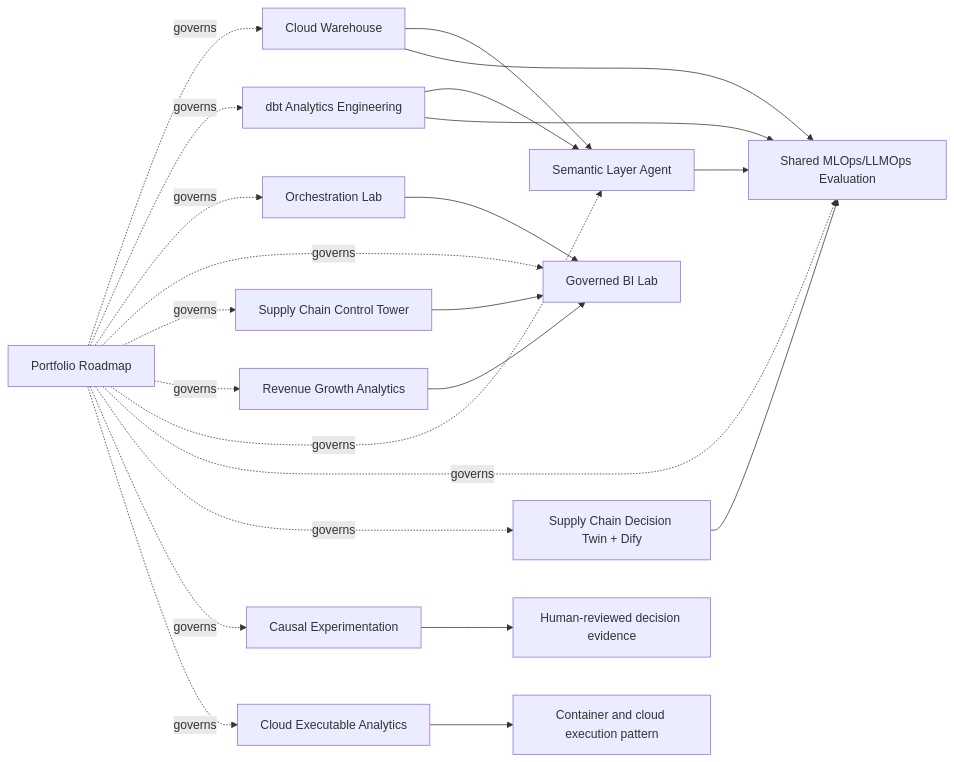
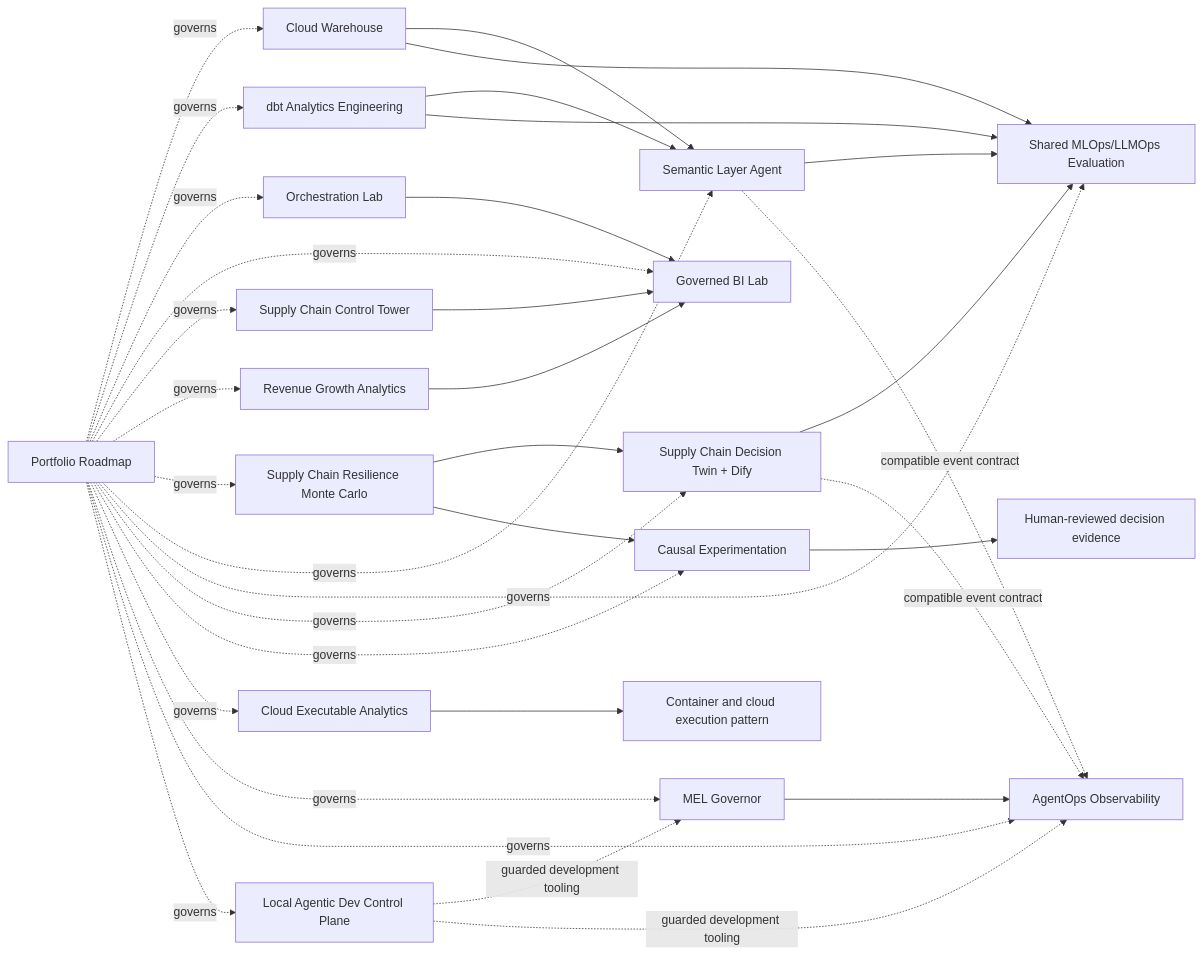
One commit to net421/AI-Native-Analytics-Portfolio-Roadmap changed the diagram in README.md. Above: the diagram before and after it, drawn with Mermaid. The commit also changed other lines of this file and 3 other files, not shown here.

First line of the commit message:
Expand portfolio control plane to 16 active repositories

````diff
--- a/README.md
+++ b/README.md
@@ -18,28 +18,41 @@
 ```mermaid
 flowchart LR
     CW[Cloud Warehouse] --> SA[Semantic Layer Agent]
     DBT[dbt Analytics Engineering] --> SA
     SA --> EV[Shared MLOps/LLMOps Evaluation]
     DT[Supply Chain Decision Twin + Dify] --> EV
     CW --> EV
     DBT --> EV
 
     ORCH[Orchestration Lab] --> BI[Governed BI Lab]
     SCT[Supply Chain Control Tower] --> BI
     REV[Revenue Growth Analytics] --> BI
 
-    CAUSAL[Causal Experimentation] --> DEC[Human-reviewed decision evidence]
+    MC[Supply Chain Resilience Monte Carlo] --> DT
+    MC --> CAUSAL[Causal Experimentation]
+    CAUSAL --> DEC[Human-reviewed decision evidence]
+
+    MEL[MEL Governor] --> AOPS[AgentOps Observability]
+    SA -. compatible event contract .-> AOPS
+    DT -. compatible event contract .-> AOPS
+    DEV[Local Agentic Dev Control Plane] -. guarded development tooling .-> MEL
+    DEV -. guarded development tooling .-> AOPS
+
     EXEC[Cloud Executable Analytics] --> DEPLOY[Container and cloud execution pattern]
 
     ROADMAP[Portfolio Roadmap] -. governs .-> CW
     ROADMAP -. governs .-> DBT
     ROADMAP -. governs .-> ORCH
     ROADMAP -. governs .-> BI
     ROADMAP -. governs .-> SCT
     ROADMAP -. governs .-> REV
+    ROADMAP -. governs .-> MC
     ROADMAP -. governs .-> SA
     ROADMAP -. governs .-> EV
     ROADMAP -. governs .-> DT
     ROADMAP -. governs .-> CAUSAL
     ROADMAP -. governs .-> EXEC
+    ROADMAP -. governs .-> MEL
+    ROADMAP -. governs .-> AOPS
+    ROADMAP -. governs .-> DEV
 ```
````
